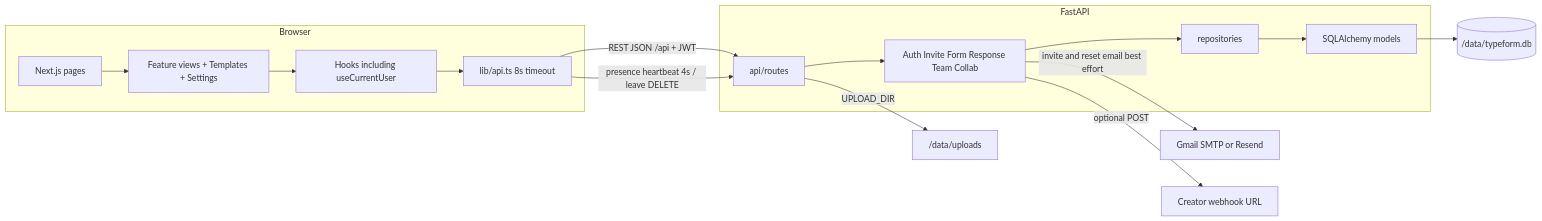
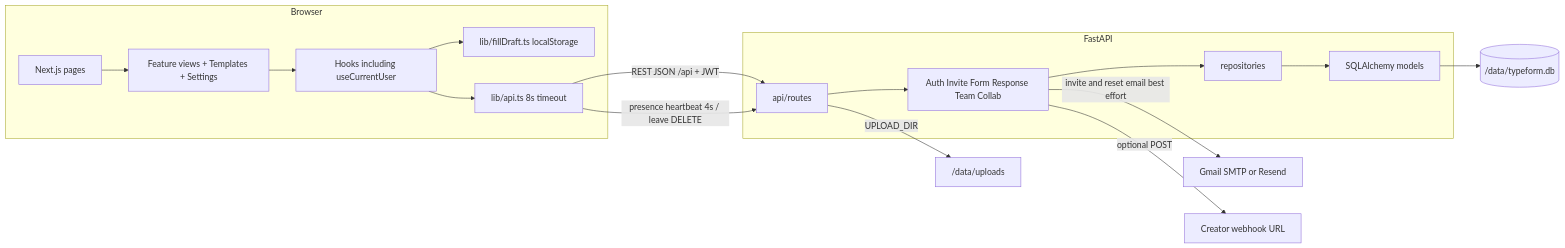
Before and after one commit to ruthwikkakumani/formly: the first of 2 diagrams in docs/diagrams/component.md, drawn with Mermaid. The commit also changed 28 other files, not shown here.

````diff
--- a/docs/diagrams/component.md
+++ b/docs/diagrams/component.md
@@ -5,25 +5,27 @@
 ```mermaid
 flowchart LR
   subgraph Browser
     Pages[Next.js pages]
     Views[Feature views + Templates + Settings]
     Hooks[Hooks including useCurrentUser]
+    Draft["lib/fillDraft.ts localStorage"]
     Client["lib/api.ts 8s timeout"]
     Pages --> Views --> Hooks --> Client
+    Hooks --> Draft
   end
 
   subgraph FastAPI
     Routes[api/routes]
     Services[Auth Invite Form Response Team Collab]
     Repos[repositories]
     Models[SQLAlchemy models]
     Routes --> Services --> Repos --> Models
   end
 
   Client -->|REST JSON /api + JWT| Routes
   Client -->|presence heartbeat 4s / leave DELETE| Routes
   Models --> SQLite[("/data/typeform.db")]
   Services -->|invite and reset email best effort| SMTP[Gmail SMTP or Resend]
   Services -->|optional POST| Webhook[Creator webhook URL]
   Routes -->|UPLOAD_DIR| Disk["/data/uploads"]
 ```
````
